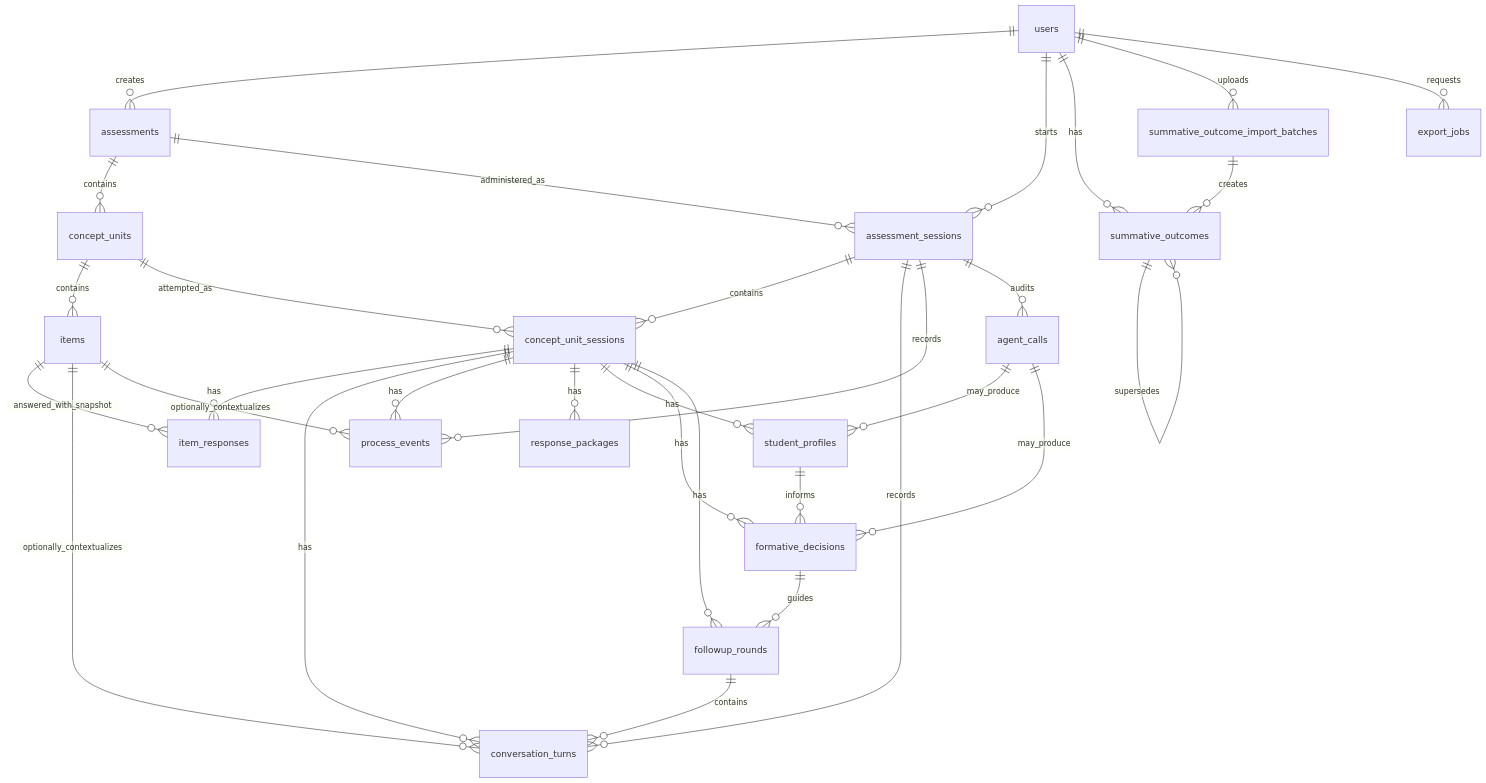
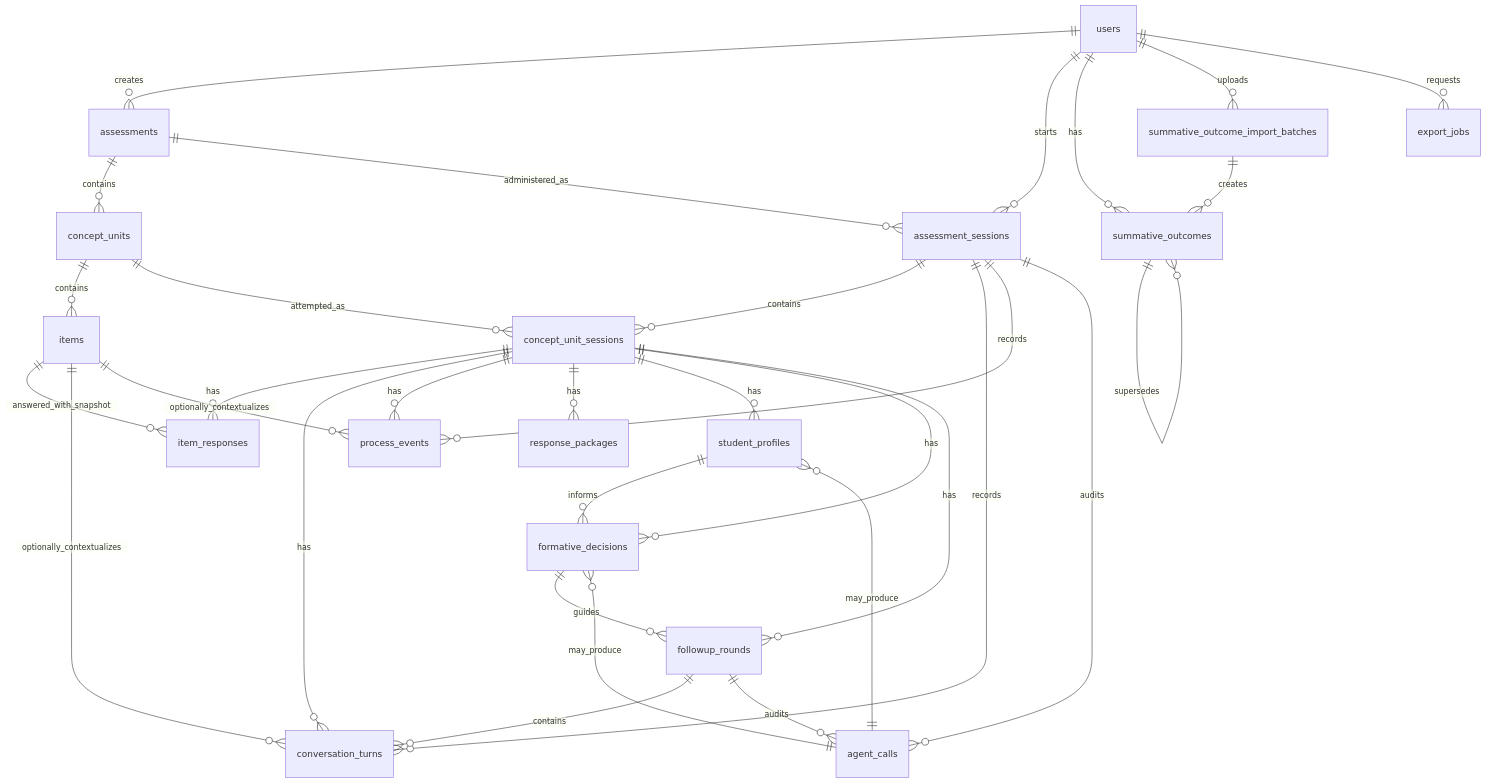
One commit to BIN-TAN/conversational-mcq changed the diagram in docs/DATA_MODEL.md. Above: the diagram before and after it, drawn with Mermaid. The commit also changed other lines of this file and 44 other files, not shown here.

````diff
--- a/docs/DATA_MODEL.md
+++ b/docs/DATA_MODEL.md
@@ -398,38 +422,39 @@
 ```mermaid
 erDiagram
   users ||--o{ assessments : creates
   users ||--o{ assessment_sessions : starts
   users ||--o{ summative_outcomes : has
   users ||--o{ summative_outcome_import_batches : uploads
   users ||--o{ export_jobs : requests
 
   assessments ||--o{ concept_units : contains
   assessments ||--o{ assessment_sessions : administered_as
   concept_units ||--o{ items : contains
   concept_units ||--o{ concept_unit_sessions : attempted_as
 
   assessment_sessions ||--o{ concept_unit_sessions : contains
   assessment_sessions ||--o{ conversation_turns : records
   assessment_sessions ||--o{ process_events : records
   assessment_sessions ||--o{ agent_calls : audits
 
   concept_unit_sessions ||--o{ item_responses : has
   concept_unit_sessions ||--o{ conversation_turns : has
   concept_unit_sessions ||--o{ process_events : has
   concept_unit_sessions ||--o{ response_packages : has
   concept_unit_sessions ||--o{ student_profiles : has
   concept_unit_sessions ||--o{ formative_decisions : has
   concept_unit_sessions ||--o{ followup_rounds : has
 
   items ||--o{ item_responses : answered_with_snapshot
   items ||--o{ conversation_turns : optionally_contextualizes
   items ||--o{ process_events : optionally_contextualizes
 
   agent_calls ||--o{ student_profiles : may_produce
   agent_calls ||--o{ formative_decisions : may_produce
   student_profiles ||--o{ formative_decisions : informs
   formative_decisions ||--o{ followup_rounds : guides
   followup_rounds ||--o{ conversation_turns : contains
+  followup_rounds ||--o{ agent_calls : audits
   summative_outcome_import_batches ||--o{ summative_outcomes : creates
   summative_outcomes ||--o{ summative_outcomes : supersedes
 ```
````
